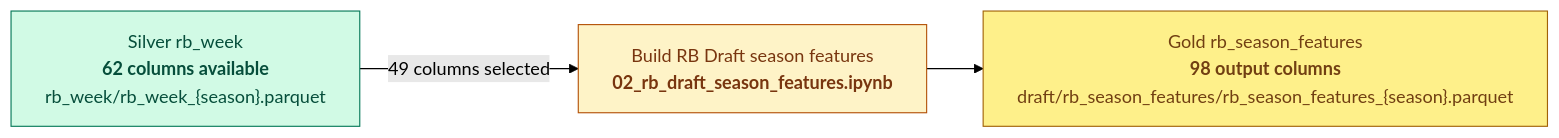
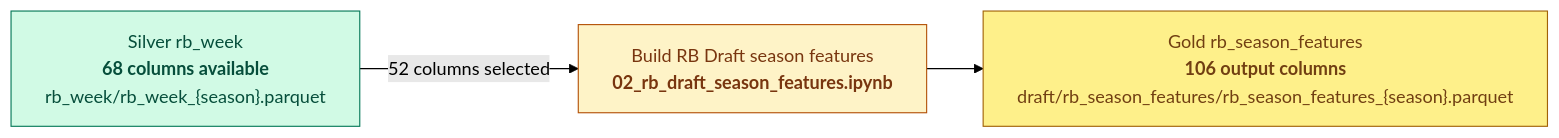
The eighth of 12 diagrams in docs/schema-evolution.md (ddarby15/nfl-dream-lab-app), drawn with Mermaid (forest theme) before and after one commit. The commit also changed other lines of this file and 25 other files, not shown here.

Commit message:
update docs and roadmap

````diff
--- a/docs/schema-evolution.md
+++ b/docs/schema-evolution.md
@@ -274,18 +275,18 @@
 ```mermaid
 flowchart LR
-    S_RB["Silver rb_week<br/><b>62 columns available</b><br/>rb_week/rb_week_{season}.parquet"]
+    S_RB["Silver rb_week<br/><b>68 columns available</b><br/>rb_week/rb_week_{season}.parquet"]
 
     X_GOLD["Build RB Draft season features<br/><b>02_rb_draft_season_features.ipynb</b>"]
-    G_RB["Gold rb_season_features<br/><b>98 output columns</b><br/>draft/rb_season_features/rb_season_features_{season}.parquet"]
+    G_RB["Gold rb_season_features<br/><b>106 output columns</b><br/>draft/rb_season_features/rb_season_features_{season}.parquet"]
 
-    S_RB -->|49 columns selected| X_GOLD
+    S_RB -->|52 columns selected| X_GOLD
     X_GOLD --> G_RB
 
     classDef step fill:#fef3c7,stroke:#b45309,color:#78350f;
     classDef silver fill:#d1fae5,stroke:#047857,color:#064e3b;
     classDef gold fill:#fef08a,stroke:#a16207,color:#713f12;
 
     class S_RB silver;
     class X_GOLD step;
     class G_RB gold;
 ```
````
